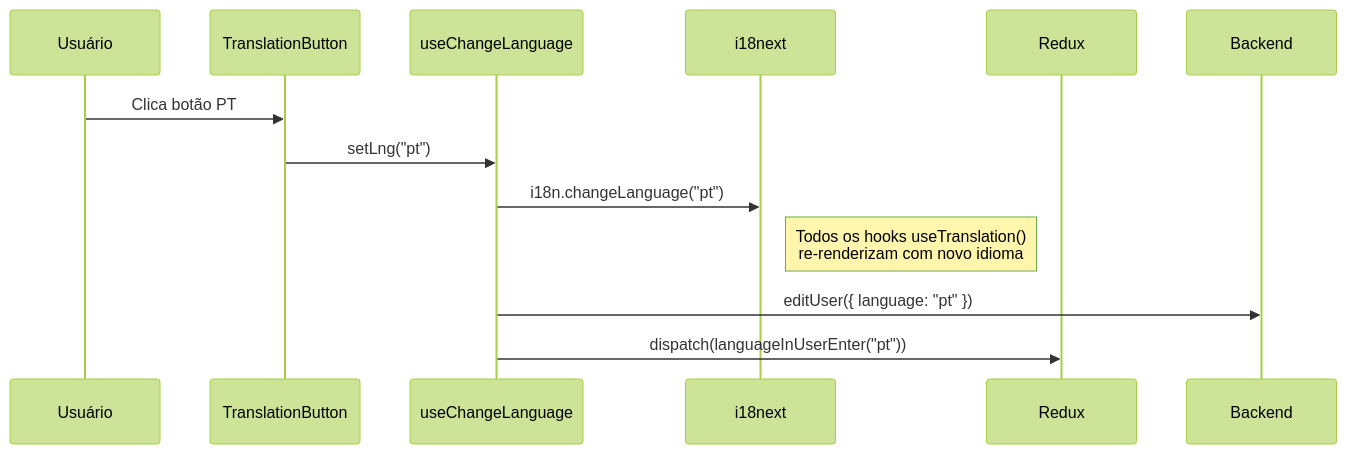
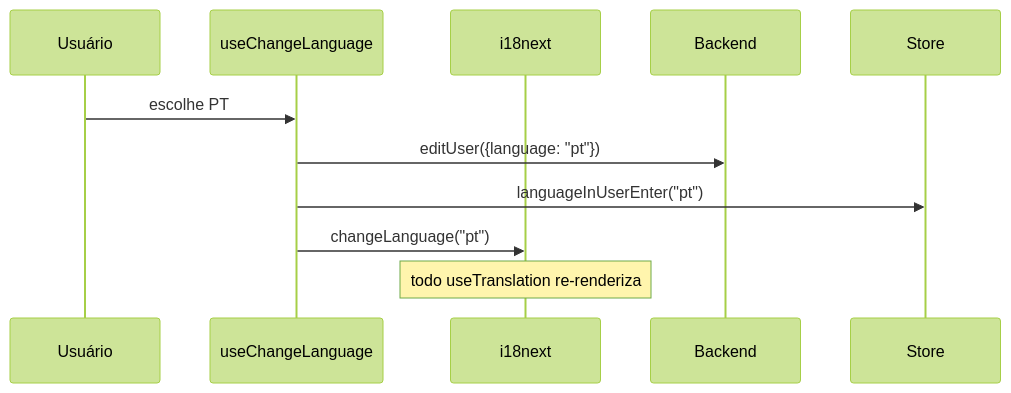
The first of 2 diagrams in architecture/language-theme/pt.md (AndDev741/Beyou-arch-design), drawn with Mermaid (forest theme) before and after one commit. The commit also changed other lines of this file and 7 other files, not shown here.

First line of the commit message:
docs(architecture): language-theme and ui-security match the shipped code

````diff
--- a/architecture/language-theme/pt.md
+++ b/architecture/language-theme/pt.md
@@ -51,16 +18,14 @@
 ```mermaid
 sequenceDiagram
   participant U as Usuário
-  participant BTN as TranslationButton
-  participant HOOK as useChangeLanguage
-  participant I18N as i18next
-  participant RDX as Redux
+  participant H as useChangeLanguage
+  participant I as i18next
   participant BE as Backend
+  participant ST as Store
 
-  U->>BTN: Clica botão PT
-  BTN->>HOOK: setLng("pt")
-  HOOK->>I18N: i18n.changeLanguage("pt")
-  Note right of I18N: Todos os hooks useTranslation()<br/>re-renderizam com novo idioma
-  HOOK->>BE: editUser({ language: "pt" })
-  HOOK->>RDX: dispatch(languageInUserEnter("pt"))
+  U->>H: escolhe PT
+  H->>BE: editUser({language: "pt"})
+  H->>ST: languageInUserEnter("pt")
+  H->>I: changeLanguage("pt")
+  Note over I: todo useTranslation re-renderiza
 ```
````
